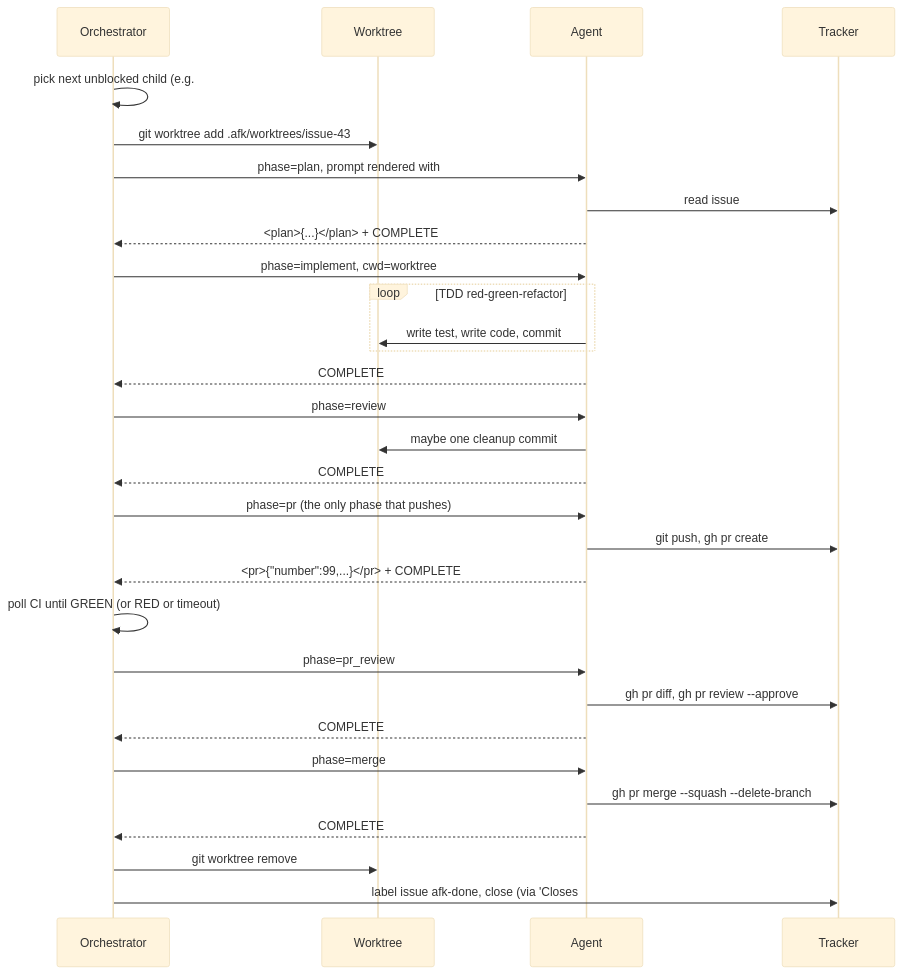
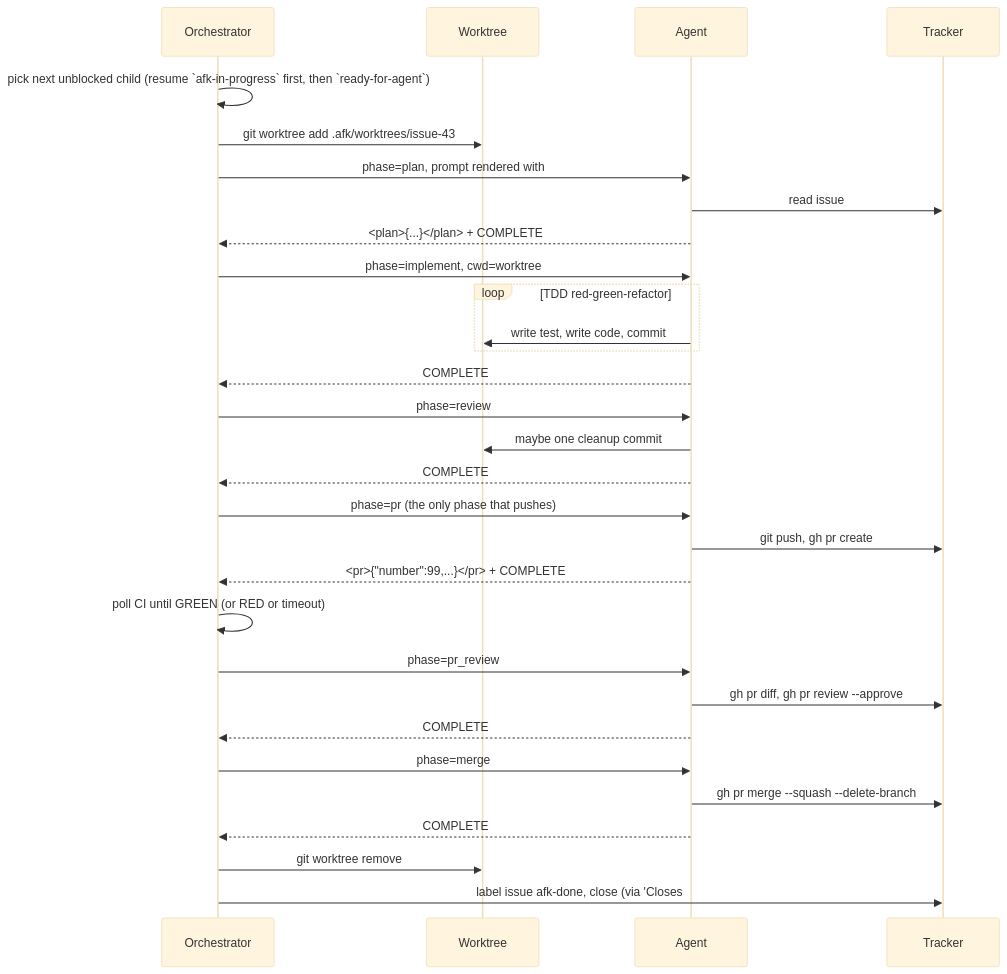
One commit to Mo-Tamim/afk-agent changed the seventh of 9 diagrams in docs/WORKFLOW.md. Above: the diagram before and after it, drawn with Mermaid (base theme). The commit also changed other lines of this file and 15 other files, not shown here.

````diff
--- a/docs/WORKFLOW.md
+++ b/docs/WORKFLOW.md
@@ -471,32 +471,32 @@
 ```mermaid
 sequenceDiagram
   participant O as Orchestrator
   participant W as Worktree
   participant A as Agent
   participant T as Tracker
-  O->>O: pick next unblocked child (e.g. #43)
+  O->>O: pick next unblocked child (resume `afk-in-progress` first, then `ready-for-agent`)
   O->>W: git worktree add .afk/worktrees/issue-43
   O->>A: phase=plan, prompt rendered with #43 vars
   A->>T: read issue #43
   A-->>O: <plan>{...}</plan> + COMPLETE
   O->>A: phase=implement, cwd=worktree
   loop TDD red-green-refactor
     A->>W: write test, write code, commit
   end
   A-->>O: COMPLETE
   O->>A: phase=review
   A->>W: maybe one cleanup commit
   A-->>O: COMPLETE
   O->>A: phase=pr (the only phase that pushes)
   A->>T: git push, gh pr create
   A-->>O: <pr>{"number":99,...}</pr> + COMPLETE
   O->>O: poll CI until GREEN (or RED or timeout)
   O->>A: phase=pr_review
   A->>T: gh pr diff, gh pr review --approve
   A-->>O: COMPLETE
   O->>A: phase=merge
   A->>T: gh pr merge --squash --delete-branch
   A-->>O: COMPLETE
   O->>W: git worktree remove
   O->>T: label issue afk-done, close (via 'Closes #43')
 ```
````
